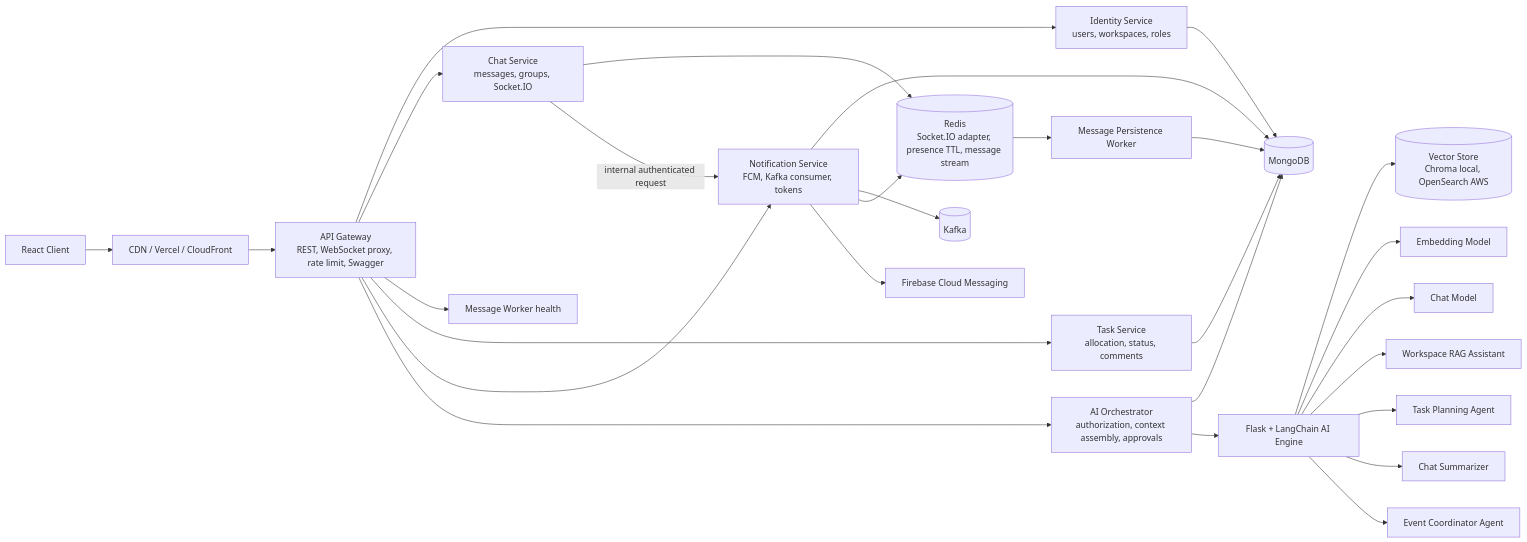
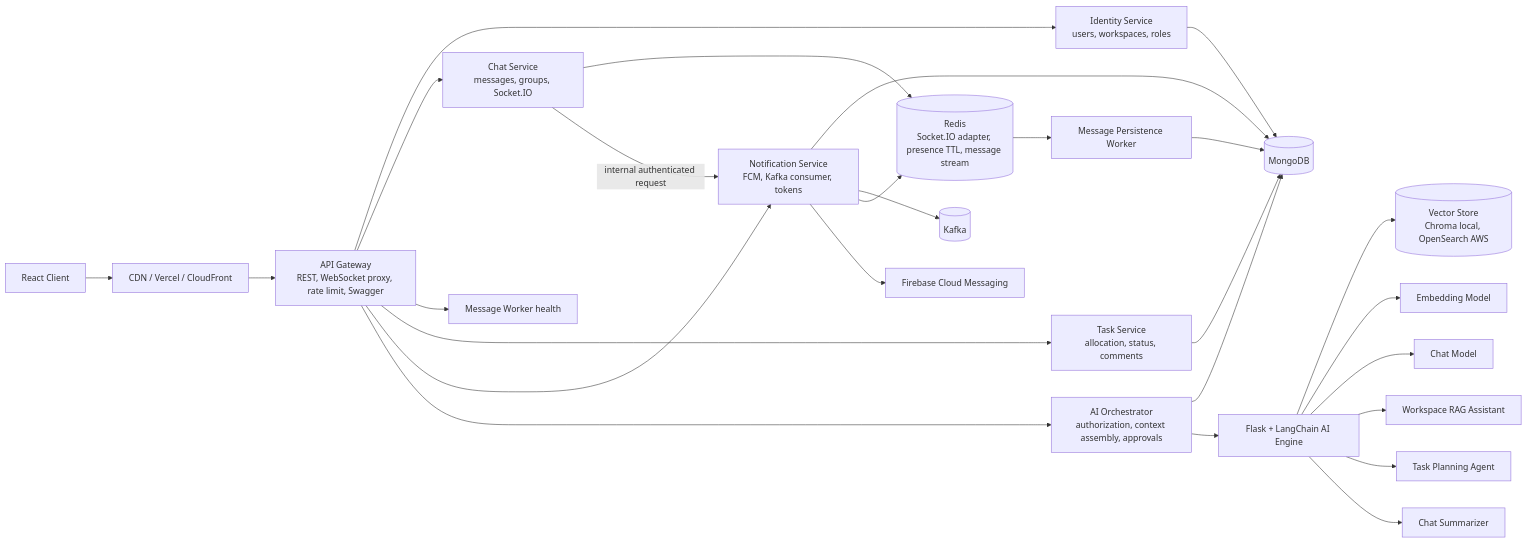
One commit to spec-nith/ComConnect changed the first of 9 diagrams in docs/architecture-guide.md. Above: the diagram before and after it, drawn with Mermaid. The commit also changed other lines of this file and 31 other files, not shown here.

````diff
--- a/docs/architecture-guide.md
+++ b/docs/architecture-guide.md
@@ -32,35 +31,34 @@
 ```mermaid
 flowchart LR
   Browser["React Client"] --> Edge["CDN / Vercel / CloudFront"]
   Edge --> Gateway["API Gateway<br/>REST, WebSocket proxy, rate limit, Swagger"]
 
   Gateway --> Identity["Identity Service<br/>users, workspaces, roles"]
   Gateway --> Chat["Chat Service<br/>messages, groups, Socket.IO"]
   Gateway --> WorkerHealth["Message Worker health"]
   Gateway --> Tasks["Task Service<br/>allocation, status, comments"]
   Gateway --> Notify["Notification Service<br/>FCM, Kafka consumer, tokens"]
   Gateway --> AIAPI["AI Orchestrator<br/>authorization, context assembly, approvals"]
 
   Identity --> Mongo[("MongoDB")]
   Chat --> Redis[("Redis<br/>Socket.IO adapter, presence TTL, message stream")]
   Redis --> Worker["Message Persistence Worker"]
   Worker --> Mongo
   Tasks --> Mongo
   Notify --> Mongo
   AIAPI --> Mongo
 
   Chat -->|"internal authenticated request"| Notify
   Notify --> Kafka[("Kafka")]
   Notify --> Redis
   Notify --> Firebase["Firebase Cloud Messaging"]
 
   AIAPI --> AIEngine["Flask + LangChain AI Engine"]
   AIEngine --> Vector[("Vector Store<br/>Chroma local, OpenSearch AWS")]
   AIEngine --> Embeddings["Embedding Model"]
   AIEngine --> LLM["Chat Model"]
 
   AIEngine --> RAG["Workspace RAG Assistant"]
   AIEngine --> Planner["Task Planning Agent"]
   AIEngine --> Summary["Chat Summarizer"]
-  AIEngine --> Coordinator["Event Coordinator Agent"]
 ```
````
